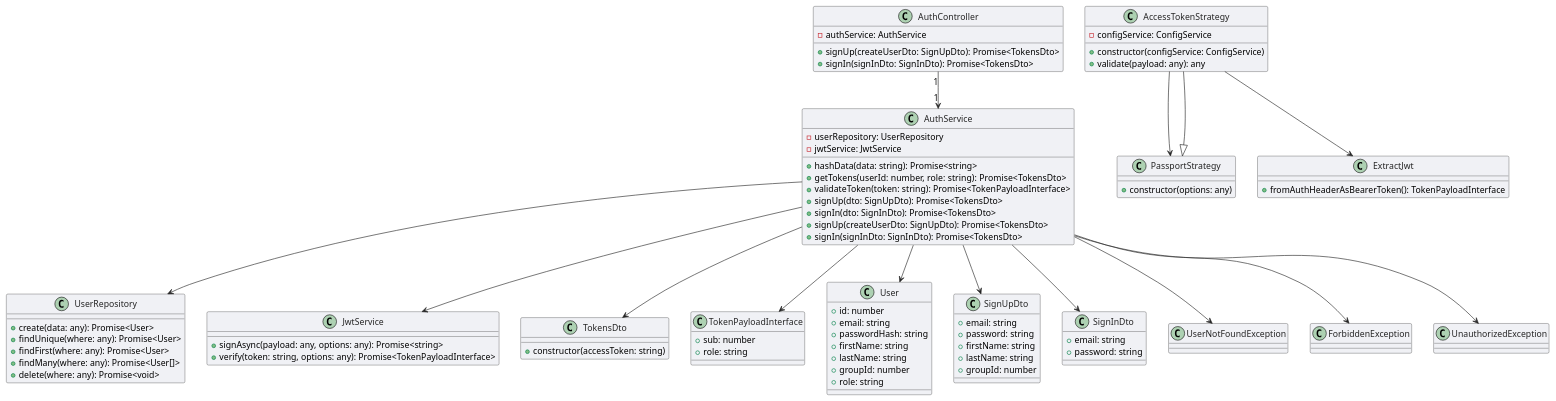
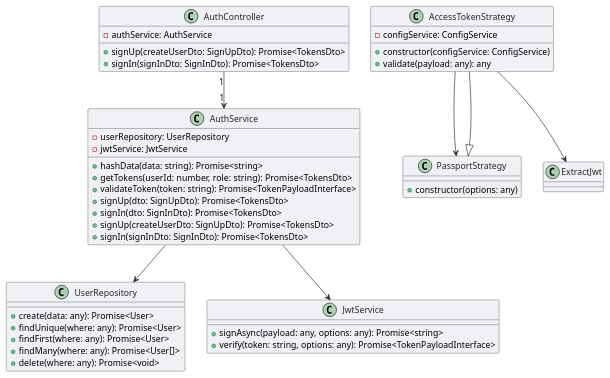
Before and after one commit to drDeepl/data-mining-lab-api-nest: the diagram in docs/diagrams/wsd/auth.wsd, drawn with PlantUML. The commit also changed 14 other files, not shown here.

Commit message:
updated diagrams

```diff
--- a/docs/diagrams/wsd/auth.wsd
+++ b/docs/diagrams/wsd/auth.wsd
@@ -1,107 +1,65 @@
 @startuml auth_module
 skinparam ArrowColor #252525
 skinparam ClassBackgroundColor #F0F1F5
 skinparam ClassBorderColor #252525
 skinparam ClassFontColor #252525
 
 class AuthService {
   - userRepository: UserRepository
   - jwtService: JwtService
 
   + hashData(data: string): Promise<string>
   + getTokens(userId: number, role: string): Promise<TokensDto>
   + validateToken(token: string): Promise<TokenPayloadInterface>
   + signUp(dto: SignUpDto): Promise<TokensDto>
   + signIn(dto: SignInDto): Promise<TokensDto>
 }
 
 class UserRepository {
   + create(data: any): Promise<User>
   + findUnique(where: any): Promise<User>
   + findFirst(where: any): Promise<User>
   + findMany(where: any): Promise<User[]>
   + delete(where: any): Promise<void>
 }
 
 class JwtService {
   + signAsync(payload: any, options: any): Promise<string>
   + verify(token: string, options: any): Promise<TokenPayloadInterface>
 }
 
-class TokensDto {
-  + constructor(accessToken: string)
-}
-
-class TokenPayloadInterface {
-  + sub: number
-  + role: string
-}
-
-class User {
-  + id: number
-  + email: string
-  + passwordHash: string
-  + firstName: string
-  + lastName: string
-  + groupId: number
-  + role: string
-}
-
-class SignUpDto {
-  + email: string
-  + password: string
-  + firstName: string
-  + lastName: string
-  + groupId: number
-}
-
-class SignInDto {
-  + email: string
-  + password: string
-}
-
 class AccessTokenStrategy extends PassportStrategy {
     - configService: ConfigService
     + constructor(configService: ConfigService)
     + validate(payload: any): any
 }
 
 
 
 class PassportStrategy {
     + constructor(options: any)
 }
 
-class ExtractJwt {
-    + fromAuthHeaderAsBearerToken(): TokenPayloadInterface
-}
 
 class AuthController {
   - authService: AuthService
   + signUp(createUserDto: SignUpDto): Promise<TokensDto>
   + signIn(signInDto: SignInDto): Promise<TokensDto>
 }
 
 class AuthService {
   + signUp(createUserDto: SignUpDto): Promise<TokensDto>
   + signIn(signInDto: SignInDto): Promise<TokensDto>
 }
 
 
 AuthController "1" --> "1" AuthService
 
 AccessTokenStrategy --> PassportStrategy
 AccessTokenStrategy --> ExtractJwt 
 
 AuthService --> UserRepository
 AuthService --> JwtService
-AuthService --> TokensDto
-AuthService --> TokenPayloadInterface
-AuthService --> User
-AuthService --> SignUpDto
-AuthService --> SignInDto
-AuthService --> UserNotFoundException
-AuthService --> ForbiddenException
-AuthService --> UnauthorizedException
+
 
 @enduml
```
